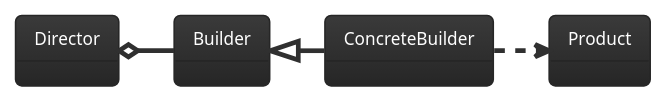
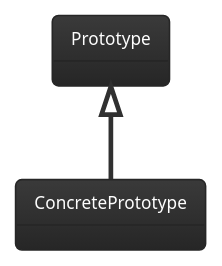
One commit to mrZero88/CodingSkills changed the diagram in src/DesignPatterns/Prototype/Diagrams/structure.pu. Above: the diagram before and after it, drawn with PlantUML. The commit also changed 7 other files, not shown here.

```diff
--- a/src/DesignPatterns/Prototype/Diagrams/structure.pu
+++ b/src/DesignPatterns/Prototype/Diagrams/structure.pu
@@ -1,12 +1,8 @@
 @startuml Structure
 !theme black-knight
-object Director
-object Builder
-object ConcreteBuilder
-object Product
+object Prototype
+object ConcretePrototype
 
-Director o- Builder
-Builder <|- ConcreteBuilder
-ConcreteBuilder .> Product
+Prototype <|-- ConcretePrototype
 
 @enduml
```
